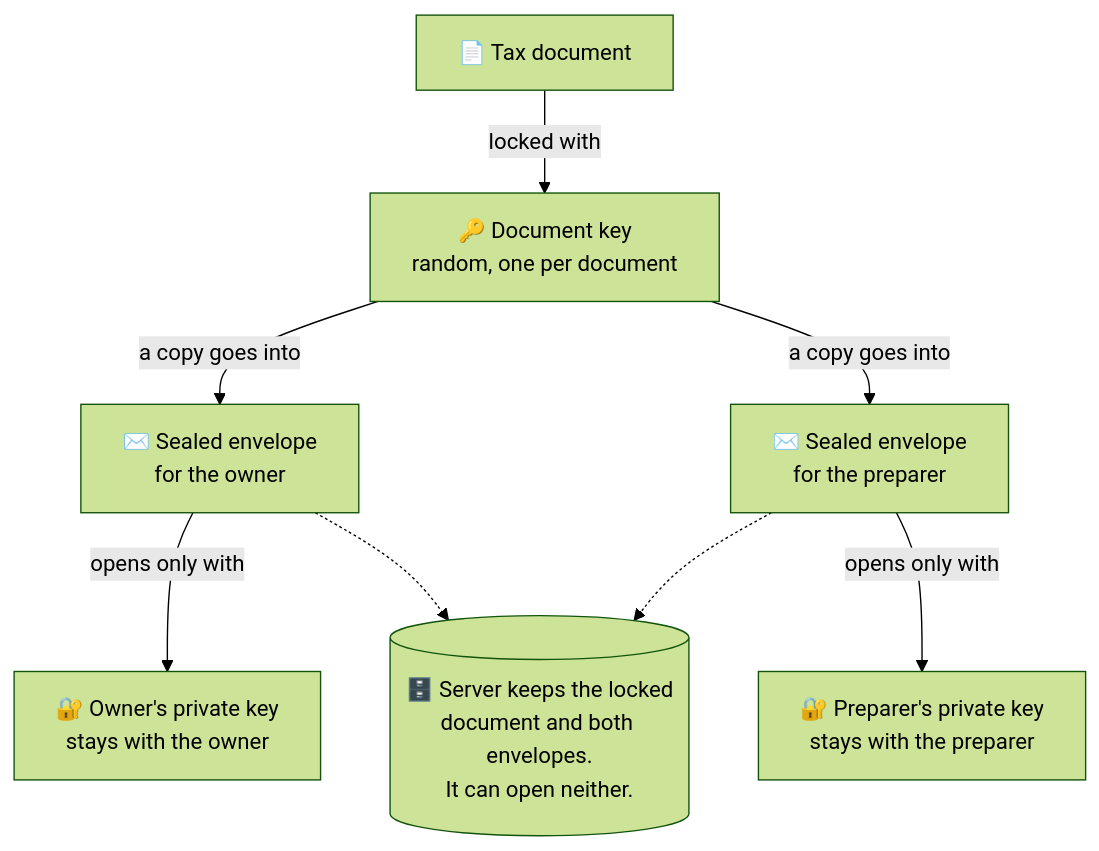
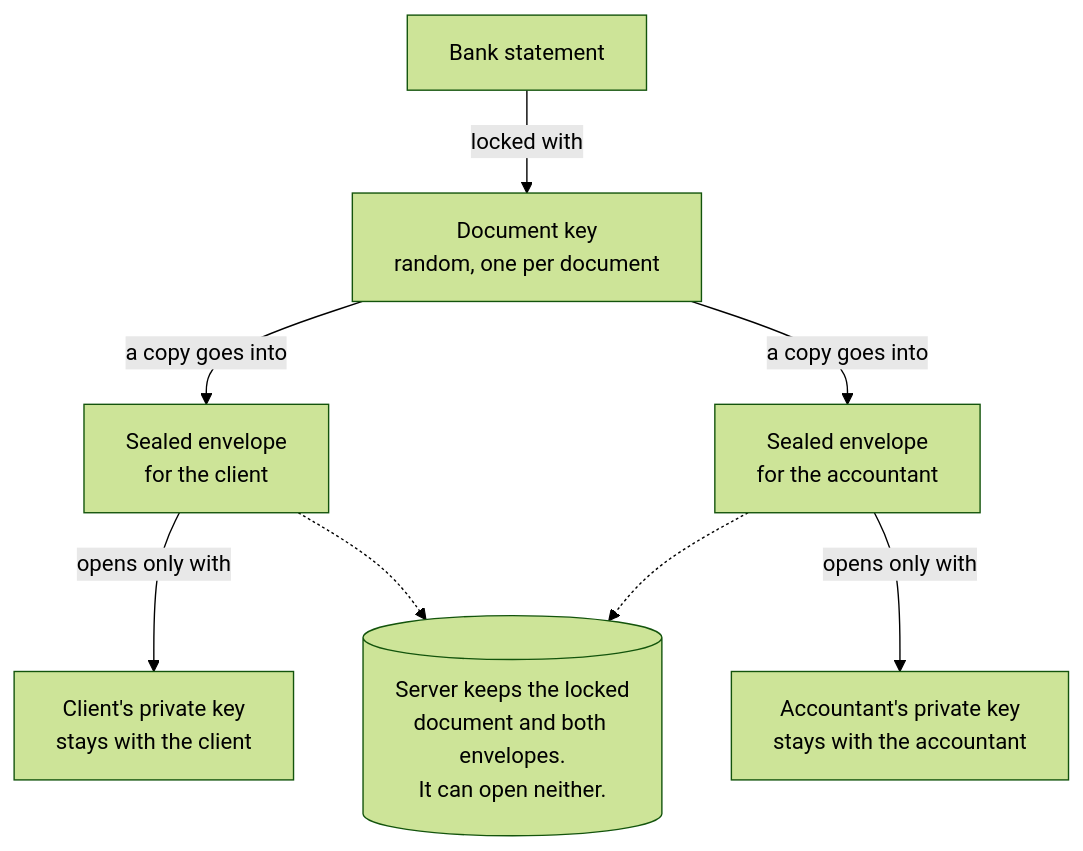
Before and after one commit to kigster/kigre-astro: the third of 16 diagrams in src/content/blog/2026-11-12--sharing-encrypted-documents-without-trusting-your-server.md, drawn with Mermaid (forest theme). The commit also changed other lines of this file and 4 other files, not shown here.

````diff
--- a/src/content/blog/2026-11-12--sharing-encrypted-documents-without-trusting-your-server.md
+++ b/src/content/blog/2026-11-12--sharing-encrypted-documents-without-trusting-your-server.md
@@ -128,18 +173,18 @@
 ```mermaid
 flowchart TD
-    DOC["📄 Tax document"]
-    DK["🔑 Document key<br/>random, one per document"]
-    E1["✉️ Sealed envelope<br/>for the owner"]
-    E2["✉️ Sealed envelope<br/>for the preparer"]
-    P1["🔐 Owner's private key<br/>stays with the owner"]
-    P2["🔐 Preparer's private key<br/>stays with the preparer"]
-    SRV[("🗄️ Server keeps the locked<br/>document and both envelopes.<br/>It can open neither.")]
+    DOC["Bank statement"]
+    DK["Document key<br/>random, one per document"]
+    E1["Sealed envelope<br/>for the client"]
+    E2["Sealed envelope<br/>for the accountant"]
+    P1["Client's private key<br/>stays with the client"]
+    P2["Accountant's private key<br/>stays with the accountant"]
+    SRV[("Server keeps the locked<br/>document and both envelopes.<br/>It can open neither.")]
 
     DOC -->|"locked with"| DK
     DK -->|"a copy goes into"| E1
     DK -->|"a copy goes into"| E2
     E1 -->|"opens only with"| P1
     E2 -->|"opens only with"| P2
     E1 -.-> SRV
     E2 -.-> SRV
 ```
````
